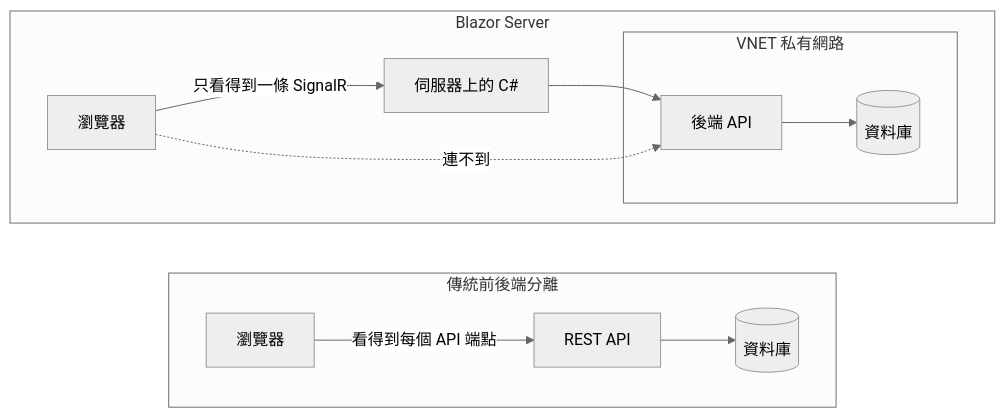
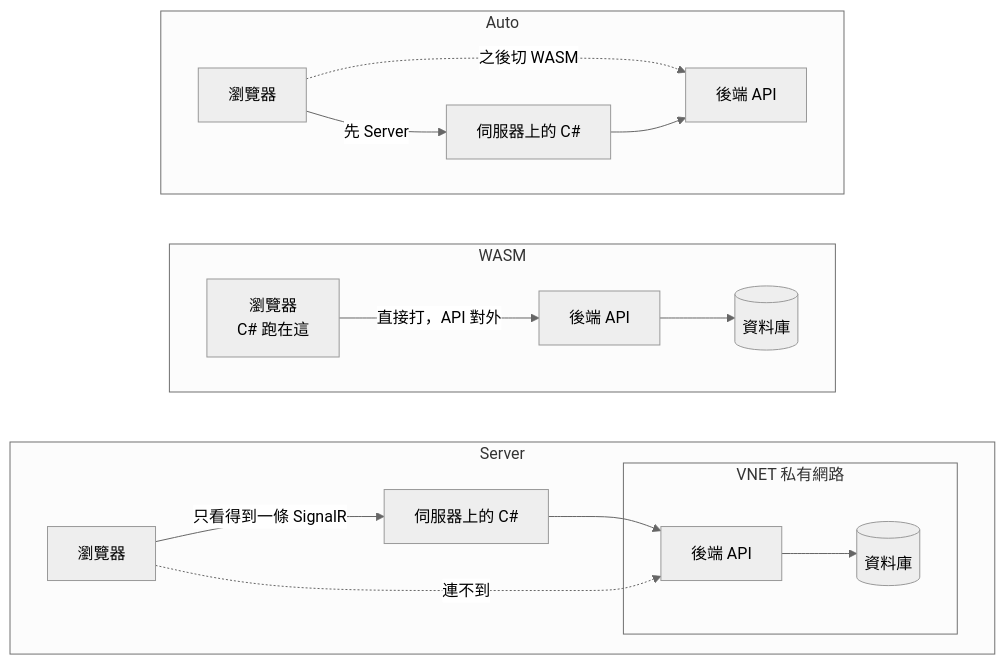
Before and after one commit to dks50217/dks50217.github.io: the diagram in _posts/2026-08-31-blazor-server-security-checklist.markdown, drawn with Mermaid (neutral theme). The commit also changed other lines of this file, not shown here.

Commit message:
update md

```diff
--- a/_posts/2026-08-31-blazor-server-security-checklist.markdown
+++ b/_posts/2026-08-31-blazor-server-security-checklist.markdown
@@ -21,16 +21,22 @@
 <pre class="mermaid">
 flowchart LR
-  subgraph 傳統前後端分離
-    direction LR
-    B1[瀏覽器] -->|看得到每個 API 端點| A1[REST API] --> D1[(資料庫)]
-  end
-  subgraph Blazor Server
+  subgraph Server
     direction LR
     B2[瀏覽器] -->|只看得到一條 SignalR| C2[伺服器上的 C#]
     subgraph VN[VNET 私有網路]
       A2[後端 API] --> D2[(資料庫)]
     end
     C2 --> A2
     B2 -. 連不到 .-> A2
   end
+  subgraph WASM
+    direction LR
+    B1[瀏覽器<br/>C# 跑在這] -->|直接打，API 對外| A1[後端 API] --> D1[(資料庫)]
+  end
+  subgraph Auto
+    direction LR
+    B3[瀏覽器] -->|先 Server| C3[伺服器上的 C#]
+    B3 -. 之後切 WASM .-> A3[後端 API]
+    C3 --> A3
+  end
 </pre>
```
